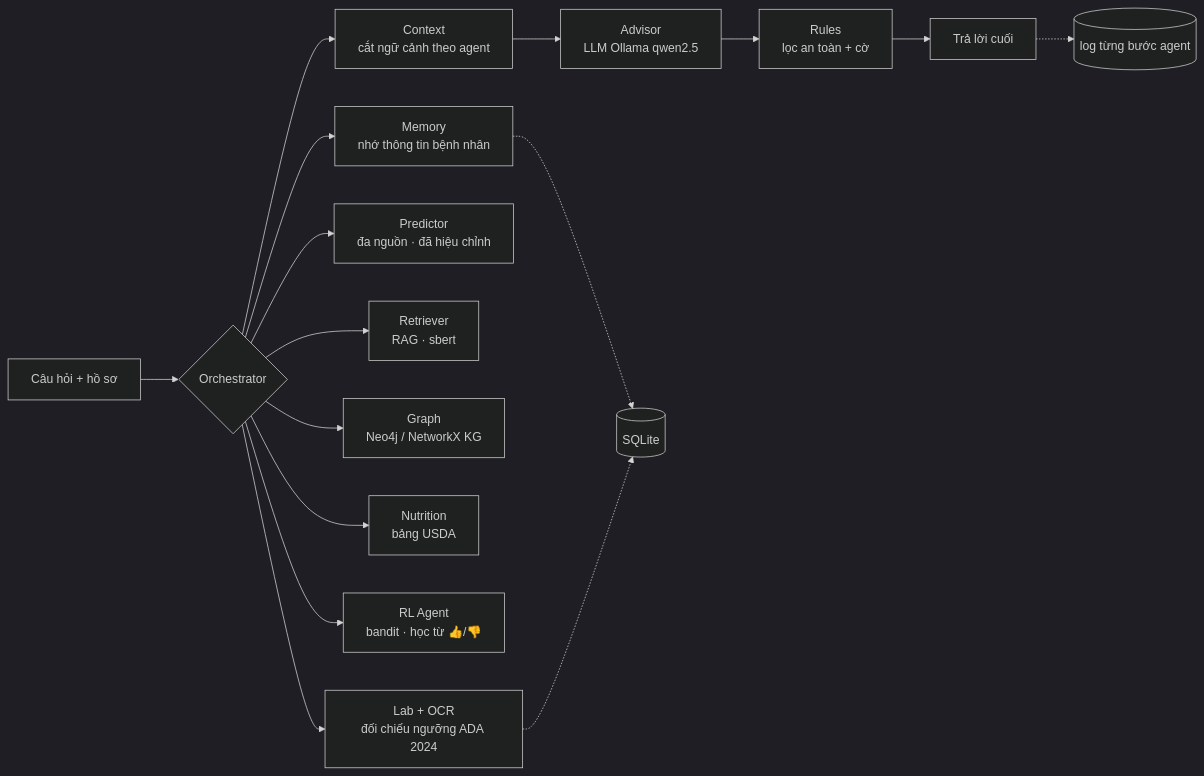
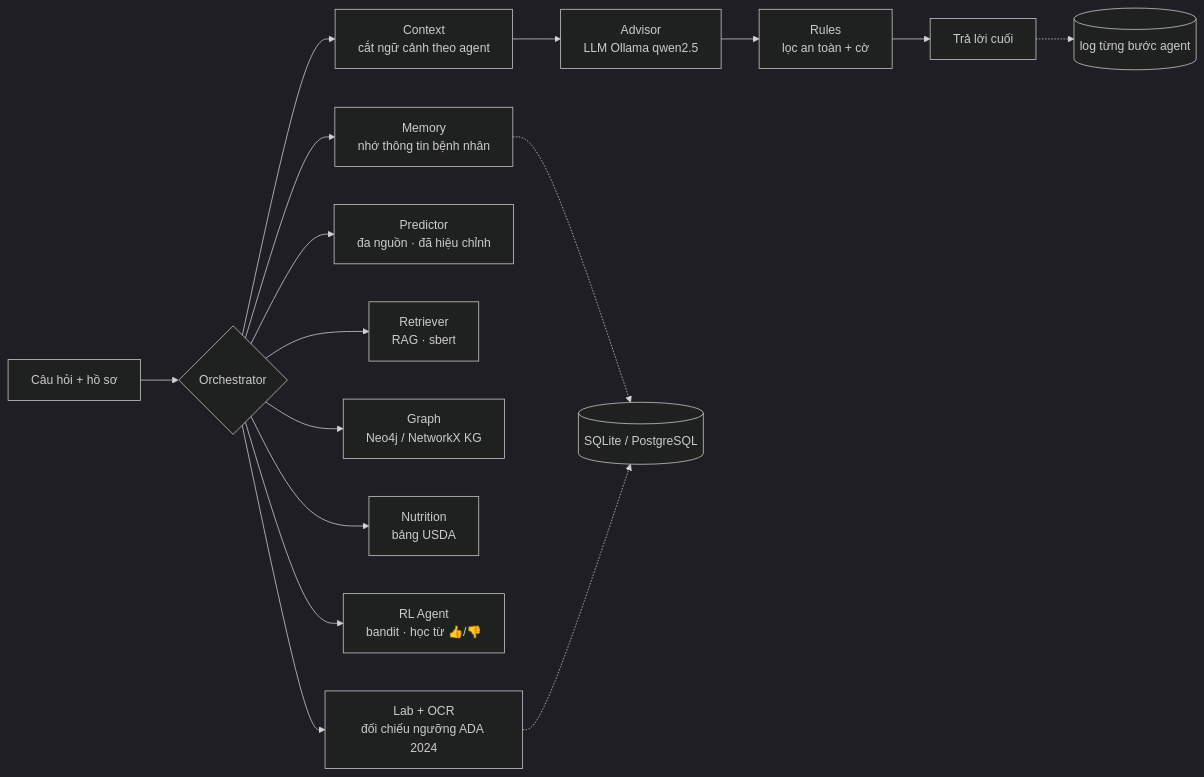
The diagram in README.md (lyhaiquan/diabet-agent), drawn with Mermaid (dark theme) before and after one commit. The commit also changed other lines of this file and 36 other files, not shown here.

First line of the commit message:
V4.7: PostgreSQL, chat song song, chống dò mật khẩu, giới hạn tệp tải lên

````diff
--- a/README.md
+++ b/README.md
@@ -15,17 +15,17 @@
 ```mermaid
 flowchart LR
     Q[Câu hỏi + hồ sơ] --> O{Orchestrator}
     O --> M[Memory<br/>nhớ thông tin bệnh nhân]
     O --> L[Lab + OCR<br/>đối chiếu ngưỡng ADA 2024]
     O --> P[Predictor<br/>đa nguồn · đã hiệu chỉnh]
     O --> R[Retriever<br/>RAG · sbert]
     O --> G[Graph<br/>Neo4j / NetworkX KG]
     O --> N[Nutrition<br/>bảng USDA]
     O --> RL[RL Agent<br/>bandit · học từ 👍/👎]
     O --> C[Context<br/>cắt ngữ cảnh theo agent]
     C --> A[Advisor<br/>LLM Ollama qwen2.5]
     A --> RU[Rules<br/>lọc an toàn + cờ]
     RU --> F[Trả lời cuối]
-    M & L -.-> DB[(SQLite)]
+    M & L -.-> DB[(SQLite / PostgreSQL)]
     F -.-> LOG[(log từng bước agent)]
 ```
````
